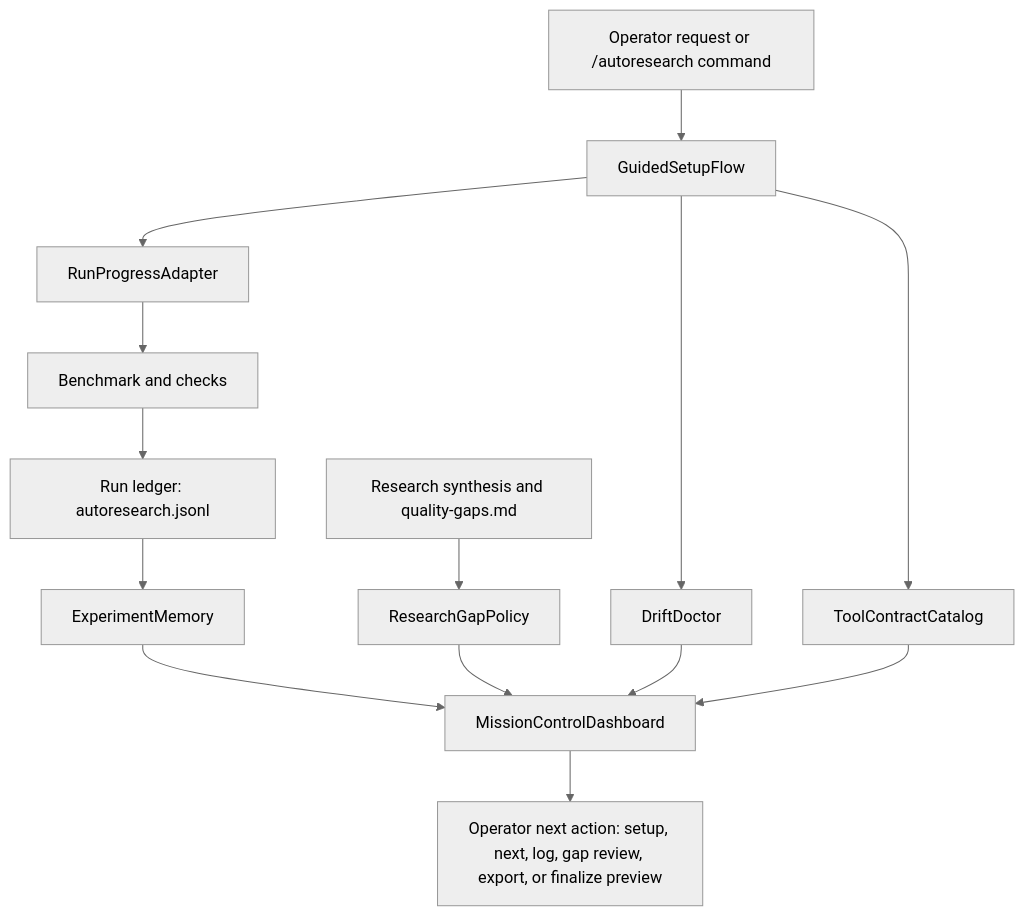
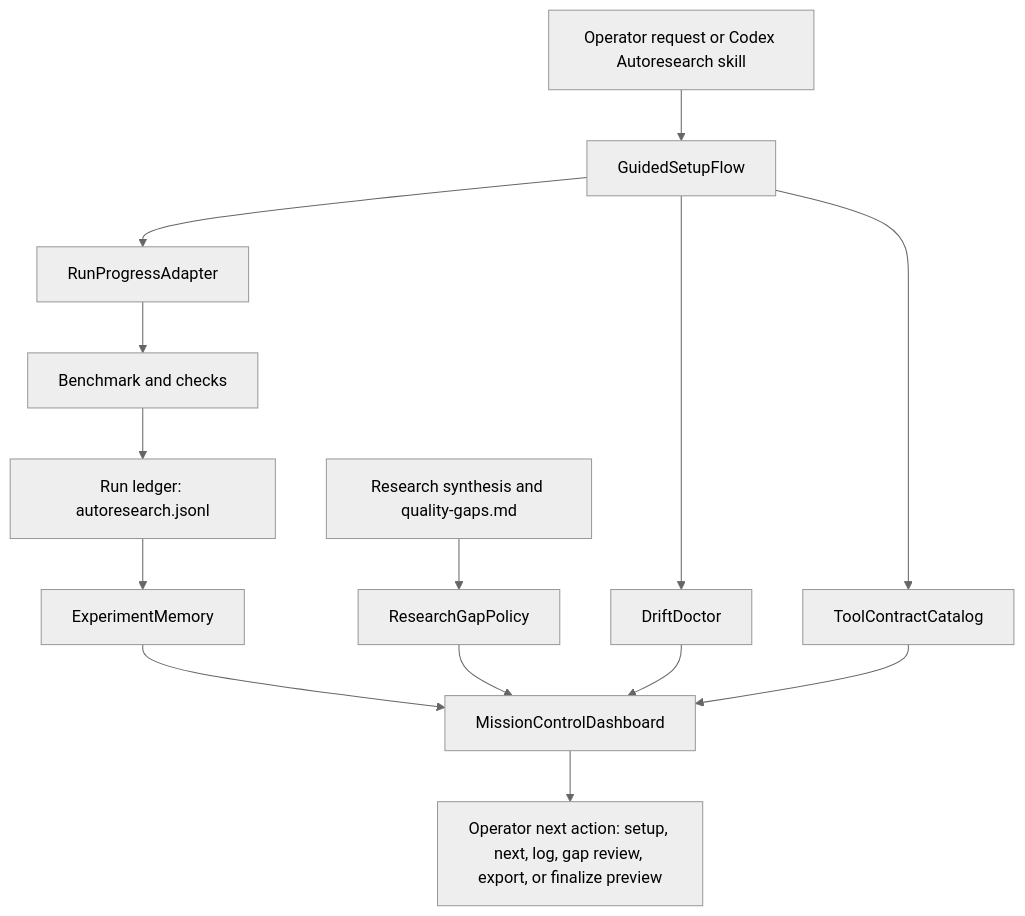
The diagram in plugins/codex-autoresearch/docs/specification-delight-roadmap/blueprint.md (TheGreenCedar/codex-autoresearch), drawn with Mermaid (neutral theme) before and after one commit. The commit also changed 26 other files, not shown here.

Commit message:
Consolidate Codex Autoresearch plugin surface

````diff
--- a/plugins/codex-autoresearch/docs/specification-delight-roadmap/blueprint.md
+++ b/plugins/codex-autoresearch/docs/specification-delight-roadmap/blueprint.md
@@ -42,16 +42,16 @@
 ```mermaid
 graph TD
-    A["Operator request or /autoresearch command"] --> B["GuidedSetupFlow"]
+    A["Operator request or Codex Autoresearch skill"] --> B["GuidedSetupFlow"]
     B --> C["DriftDoctor"]
     B --> D["ToolContractCatalog"]
     B --> E["RunProgressAdapter"]
     E --> F["Benchmark and checks"]
     F --> G["Run ledger: autoresearch.jsonl"]
     G --> H["ExperimentMemory"]
     H --> I["MissionControlDashboard"]
     J["Research synthesis and quality-gaps.md"] --> K["ResearchGapPolicy"]
     K --> I
     C --> I
     D --> I
     I --> L["Operator next action: setup, next, log, gap review, export, or finalize preview"]
 ```
````
